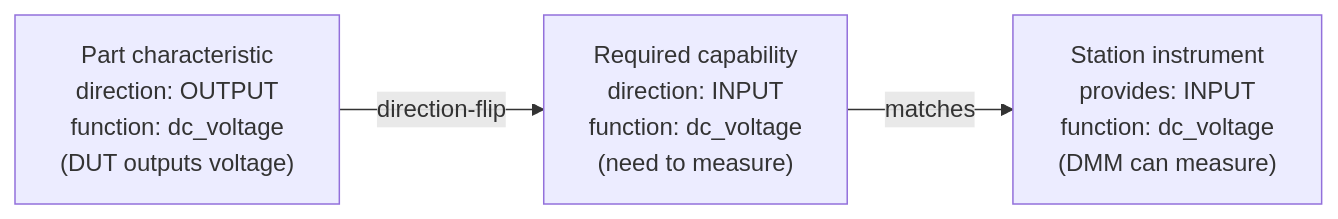
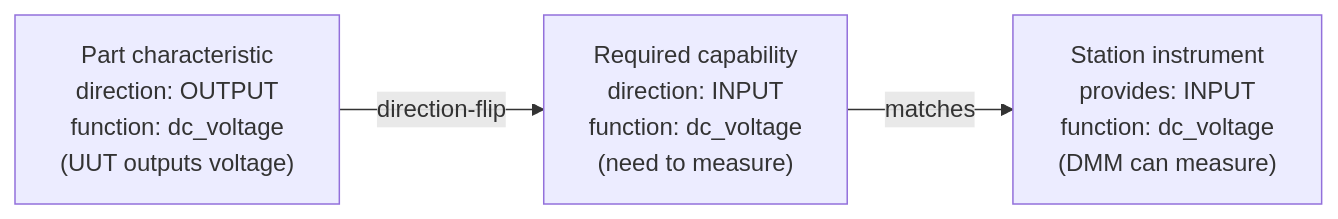
Before and after one commit to pragmatest-dev/testerkit: the eighth of 9 diagrams in docs/concepts/overview/architecture.md, drawn with Mermaid. The commit also changed other lines of this file and 274 other files, not shown here.

````diff
--- a/docs/concepts/overview/architecture.md
+++ b/docs/concepts/overview/architecture.md
@@ -301,8 +301,8 @@
 ```mermaid
 flowchart LR
-    PC["Part characteristic<br/>direction: OUTPUT<br/>function: dc_voltage<br/>(DUT outputs voltage)"]
+    PC["Part characteristic<br/>direction: OUTPUT<br/>function: dc_voltage<br/>(UUT outputs voltage)"]
     REQ["Required capability<br/>direction: INPUT<br/>function: dc_voltage<br/>(need to measure)"]
     SI["Station instrument<br/>provides: INPUT<br/>function: dc_voltage<br/>(DMM can measure)"]
     PC -- "direction-flip" --> REQ
     REQ -- "matches" --> SI
 ```
````
